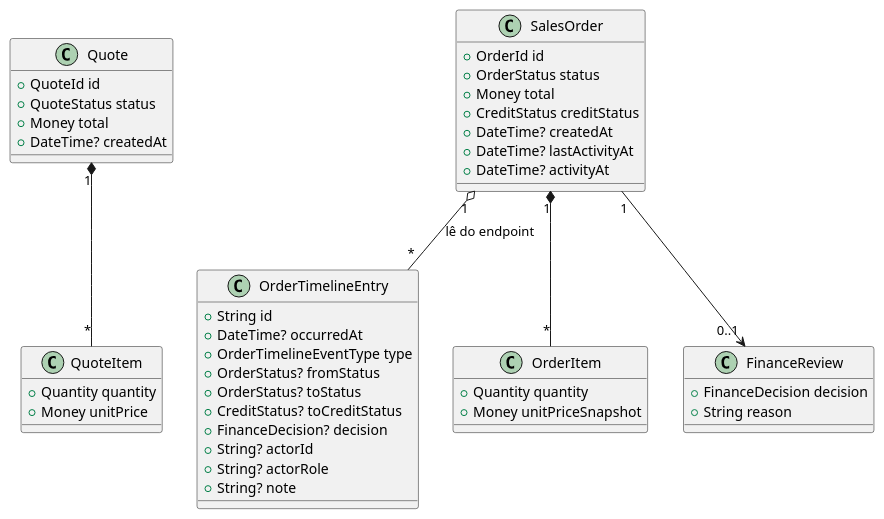
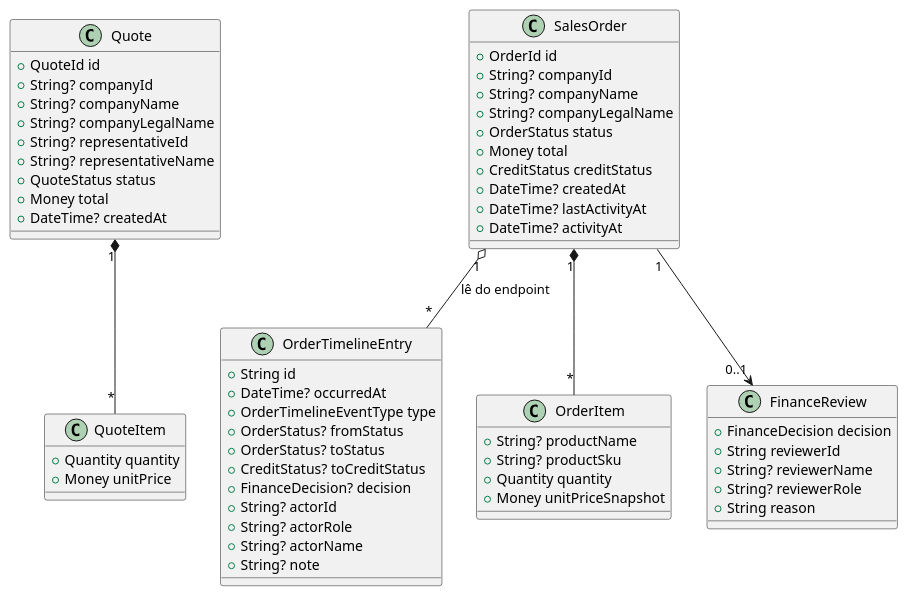
Before and after one commit to gtxeira/ecommerce-b2b: the fifth of 8 diagrams in diagrama-de-classes.md, drawn with PlantUML. The commit also changed 1 other file, not shown here.

Commit message:
docs: documentar nomes de exibição e IDs com #
- README: seção "Nomes e IDs" com os formatos empresa/produto/pessoa, o `#`
  obrigatório, os fallbacks para registros removidos e a diferença entre nome
  resolvido na leitura (empresa/produto) e congelado no evento (pessoa).
- diagrama-de-classes: companyName/companyLegalName em SalesOrder e Quote,
  productName/productSku em OrderItem, reviewerName/reviewerRole em
  FinanceReview, representativeName em Quote e actorName na timeline.

````diff
--- a/diagrama-de-classes.md
+++ b/diagrama-de-classes.md
@@ -202,56 +202,70 @@
 ```plantuml
 @startuml
 
 class Quote {
     +QuoteId id
+    +String? companyId
+    +String? companyName
+    +String? companyLegalName
+    +String? representativeId
+    +String? representativeName
     +QuoteStatus status
     +Money total
     +DateTime? createdAt
 }
 
 class QuoteItem {
     +Quantity quantity
     +Money unitPrice
 }
 
 class SalesOrder {
     +OrderId id
+    +String? companyId
+    +String? companyName
+    +String? companyLegalName
     +OrderStatus status
     +Money total
     +CreditStatus creditStatus
     +DateTime? createdAt
     +DateTime? lastActivityAt
     +DateTime? activityAt
 }
 
 class OrderTimelineEntry {
     +String id
     +DateTime? occurredAt
     +OrderTimelineEventType type
     +OrderStatus? fromStatus
     +OrderStatus? toStatus
     +CreditStatus? toCreditStatus
     +FinanceDecision? decision
     +String? actorId
     +String? actorRole
+    +String? actorName
     +String? note
 }
 
 class OrderItem {
+    +String? productName
+    +String? productSku
     +Quantity quantity
     +Money unitPriceSnapshot
 }
 
 class FinanceReview {
     +FinanceDecision decision
+    +String reviewerId
+    +String? reviewerName
+    +String? reviewerRole
     +String reason
 }
 
 Quote "1" *-- "*" QuoteItem
 
 SalesOrder "1" *-- "*" OrderItem
 SalesOrder "1" --> "0..1" FinanceReview
 SalesOrder "1" o-- "*" OrderTimelineEntry : lê do endpoint
 
 @enduml
 ```
````
